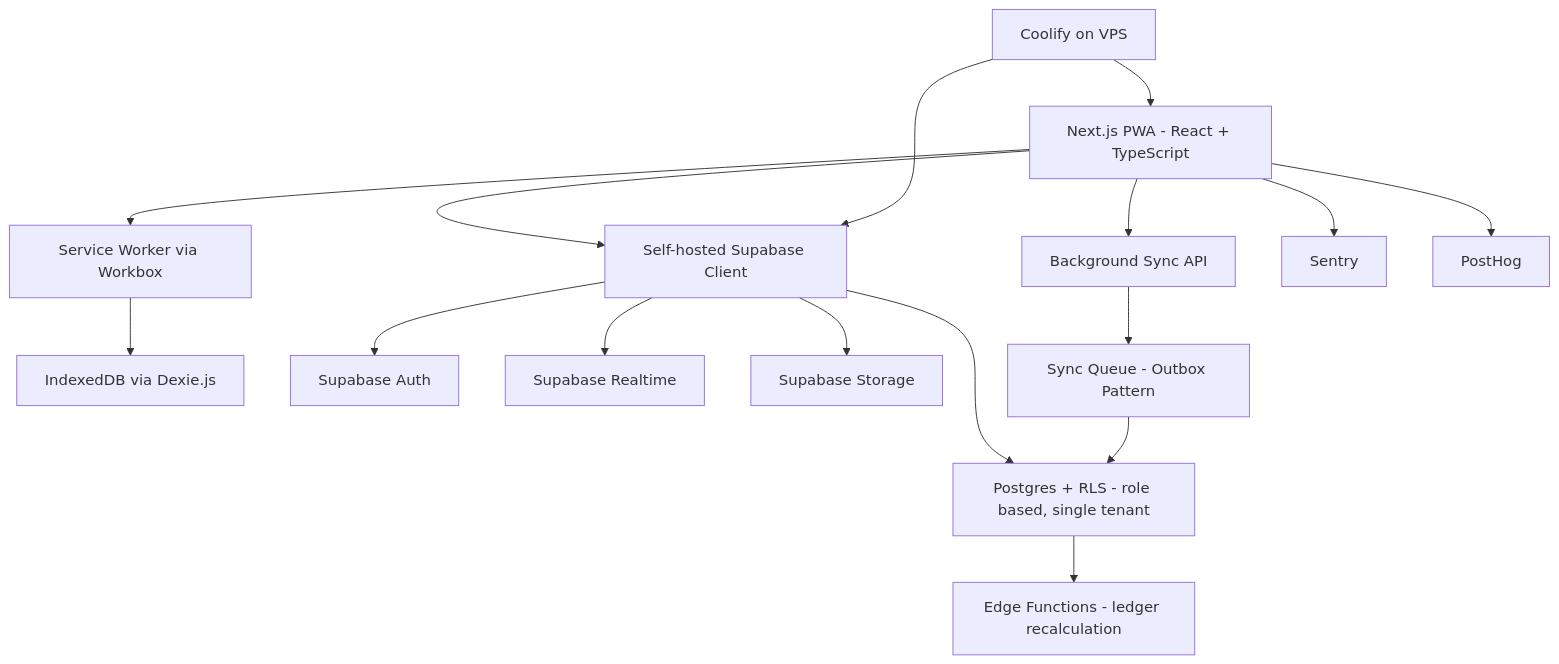
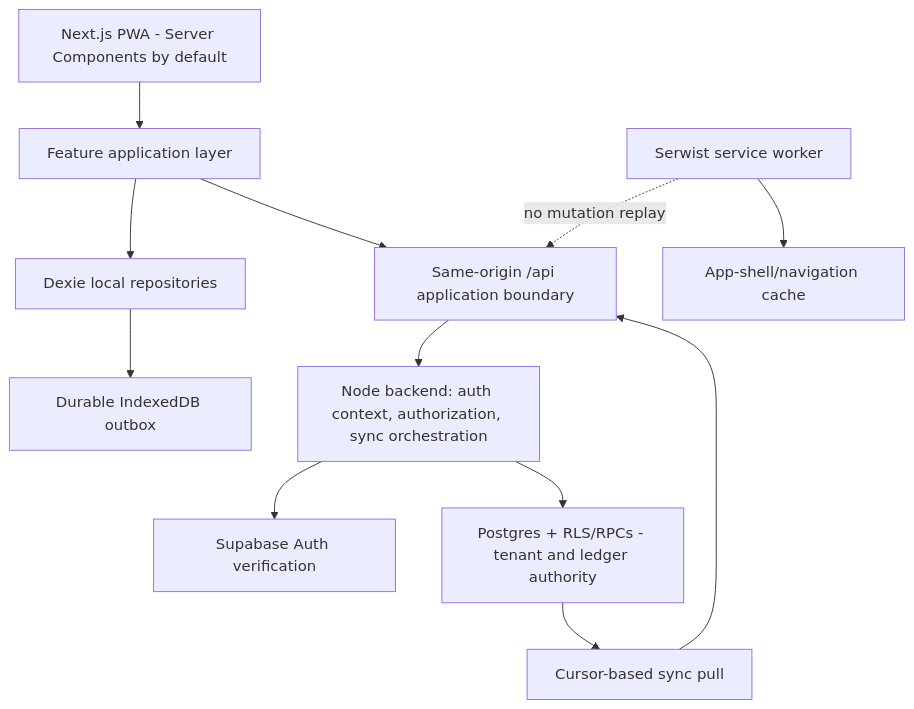
One commit to olaflay/stockpadi changed the first of 2 diagrams in docs/PRD.md. Above: the diagram before and after it, drawn with Mermaid. The commit also changed other lines of this file and 95 other files, not shown here.

````diff
--- a/docs/PRD.md
+++ b/docs/PRD.md
@@ -146,18 +146,14 @@
 ```mermaid
 graph TD
-    A[Next.js PWA - React + TypeScript] --> B[Service Worker via Workbox]
-    B --> C[IndexedDB via Dexie.js]
-    A --> D[Self-hosted Supabase Client]
-    D --> E[Supabase Auth]
-    D --> F[Postgres + RLS - role based, single tenant]
-    D --> G[Supabase Realtime]
-    D --> H[Supabase Storage]
-    A --> I[Background Sync API]
-    I --> J[Sync Queue - Outbox Pattern]
-    J --> F
-    F --> K[Edge Functions - ledger recalculation]
-    L[Coolify on VPS] --> A
-    L --> D
-    A --> M[Sentry]
-    A --> N[PostHog]
+    UI[Next.js PWA - Server Components by default] --> LOCAL[Feature application layer]
+    LOCAL --> DEXIE[Dexie local repositories]
+    DEXIE --> OUTBOX[Durable IndexedDB outbox]
+    LOCAL --> API[Same-origin /api application boundary]
+    API --> NODE[Node backend: auth context, authorization, sync orchestration]
+    NODE --> AUTH[Supabase Auth verification]
+    NODE --> DB[Postgres + RLS/RPCs - tenant and ledger authority]
+    SERWIST[Serwist service worker] --> CACHE[App-shell/navigation cache]
+    SERWIST -. no mutation replay .-> API
+    DB --> PULL[Cursor-based sync pull]
+    PULL --> API
 ```
````
